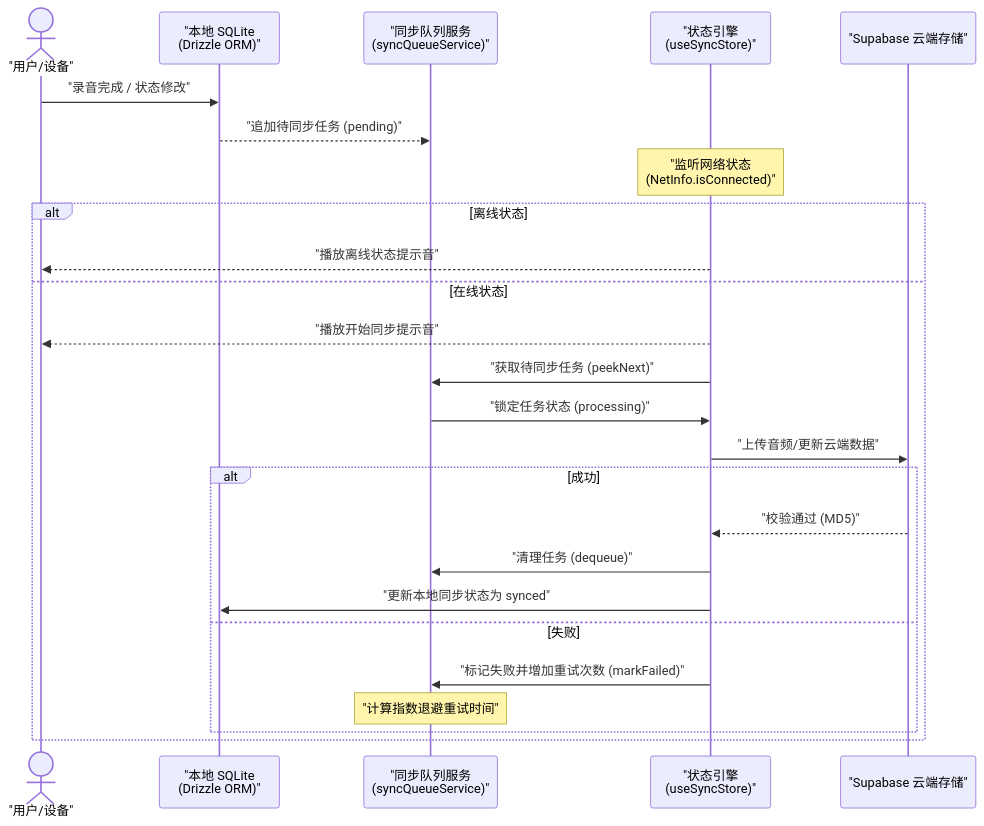
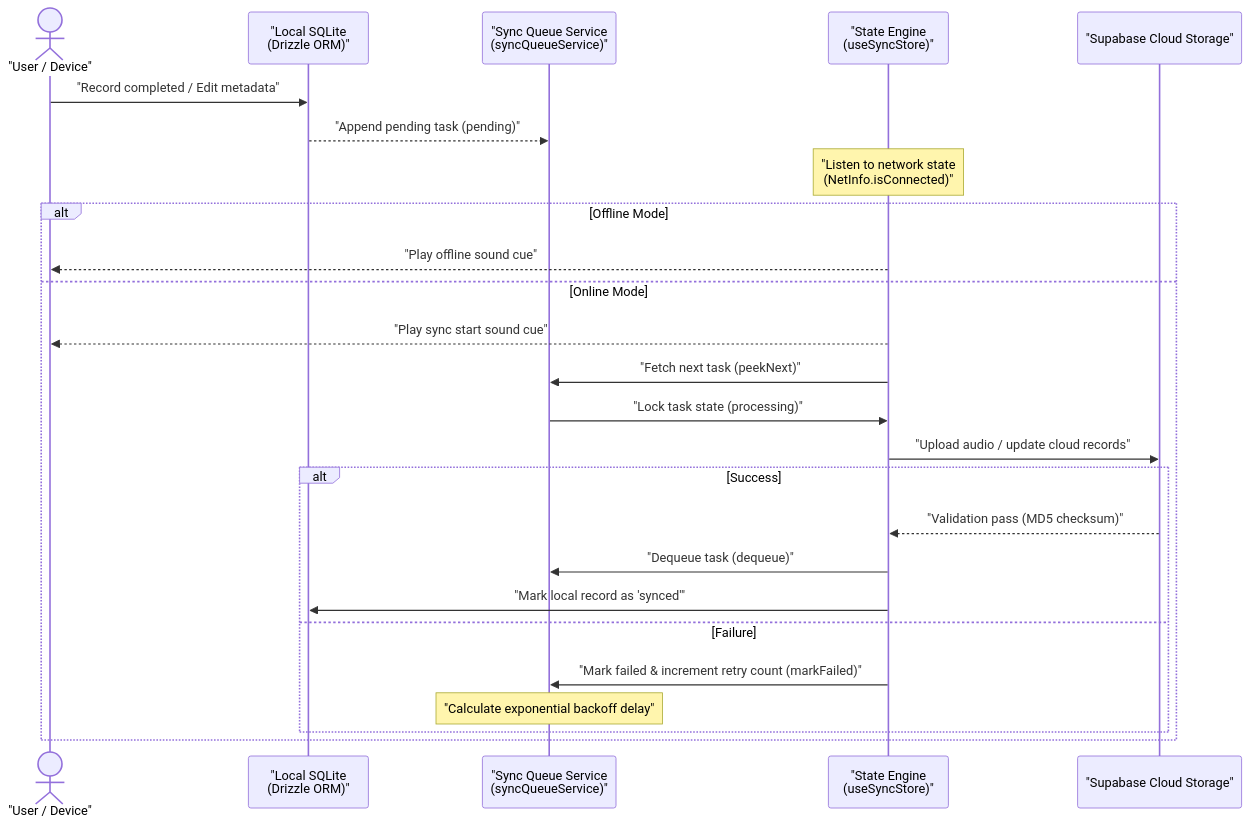
Before and after one commit to MeiSiristhebest/TimeLog: the first of 3 diagrams in README.md, drawn with Mermaid. The commit also changed other lines of this file, not shown here.

````diff
--- a/README.md
+++ b/README.md
@@ -114,28 +119,28 @@
 ```mermaid
 sequenceDiagram
-    actor User as "用户/设备"
-    participant DB as "本地 SQLite<br/>(Drizzle ORM)"
-    participant Queue as "同步队列服务<br/>(syncQueueService)"
-    participant Store as "状态引擎<br/>(useSyncStore)"
-    participant Cloud as "Supabase 云端存储"
+    actor User as "User / Device"
+    participant DB as "Local SQLite<br/>(Drizzle ORM)"
+    participant Queue as "Sync Queue Service<br/>(syncQueueService)"
+    participant Store as "State Engine<br/>(useSyncStore)"
+    participant Cloud as "Supabase Cloud Storage"
 
-    User->>DB: "录音完成 / 状态修改"
-    DB-->>Queue: "追加待同步任务 (pending)"
-    Note over Store: "监听网络状态<br/>(NetInfo.isConnected)"
-    alt 离线状态
-        Store-->>User: "播放离线状态提示音"
-    else 在线状态
-        Store-->>User: "播放开始同步提示音"
-        Store->>Queue: "获取待同步任务 (peekNext)"
-        Queue->>Store: "锁定任务状态 (processing)"
-        Store->>Cloud: "上传音频/更新云端数据"
-        alt 成功
-            Cloud-->>Store: "校验通过 (MD5)"
-            Store->>Queue: "清理任务 (dequeue)"
-            Store->>DB: "更新本地同步状态为 synced"
-        else 失败
-            Store->>Queue: "标记失败并增加重试次数 (markFailed)"
-            Note over Queue: "计算指数退避重试时间"
+    User->>DB: "Record completed / Edit metadata"
+    DB-->>Queue: "Append pending task (pending)"
+    Note over Store: "Listen to network state<br/>(NetInfo.isConnected)"
+    alt Offline Mode
+        Store-->>User: "Play offline sound cue"
+    else Online Mode
+        Store-->>User: "Play sync start sound cue"
+        Store->>Queue: "Fetch next task (peekNext)"
+        Queue->>Store: "Lock task state (processing)"
+        Store->>Cloud: "Upload audio / update cloud records"
+        alt Success
+            Cloud-->>Store: "Validation pass (MD5 checksum)"
+            Store->>Queue: "Dequeue task (dequeue)"
+            Store->>DB: "Mark local record as 'synced'"
+        else Failure
+            Store->>Queue: "Mark failed & increment retry count (markFailed)"
+            Note over Queue: "Calculate exponential backoff delay"
         end
     end
 ```
````
